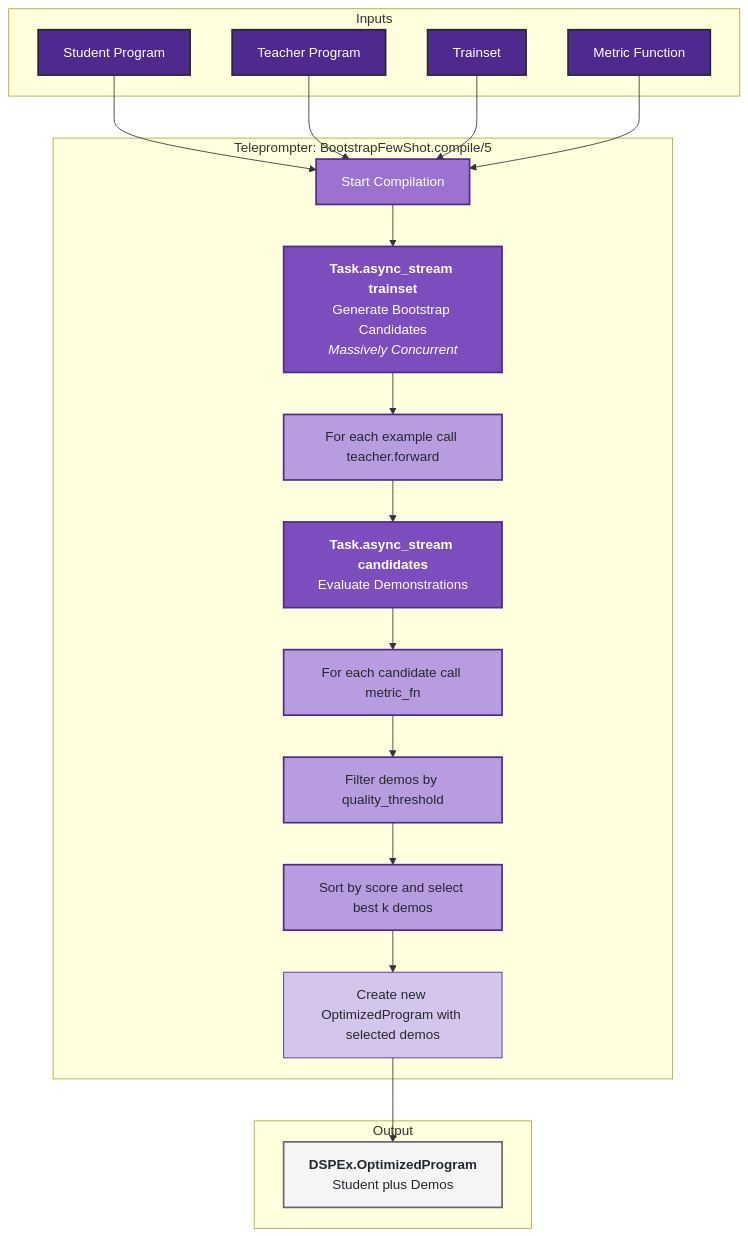
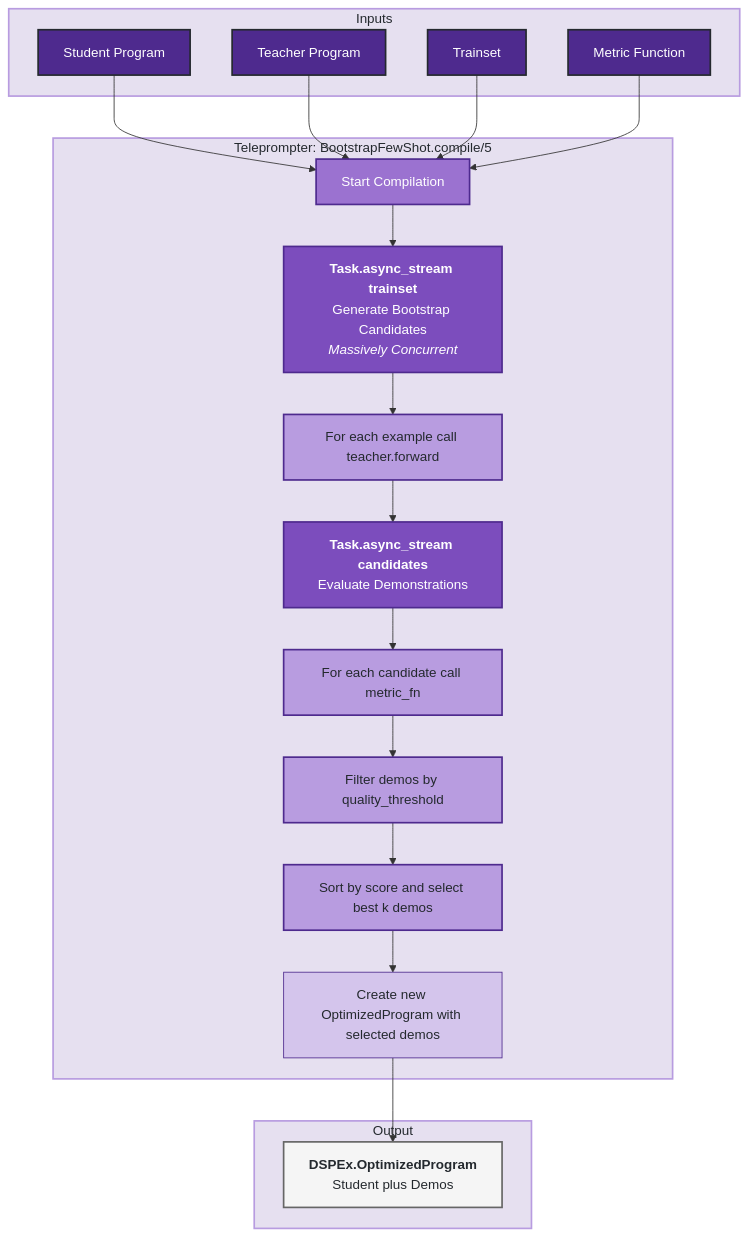
The fourth of 4 diagrams in DIAGS_dspex_gap.md (nshkrdotcom/ds_ex), drawn with Mermaid before and after one commit. The commit also changed other lines of this file and 8 other files, not shown here.

````diff
--- a/DIAGS_dspex_gap.md
+++ b/DIAGS_dspex_gap.md
@@ -205,41 +209,43 @@
 ```mermaid
 graph TD
-    subgraph Inputs
+    subgraph IN["Inputs"]
         A["Student Program"]
         B["Teacher Program"]
         C["Trainset"]
         D["Metric Function"]
     end
 
-    subgraph "Teleprompter: BootstrapFewShot.compile/5"
+    subgraph TP["Teleprompter: BootstrapFewShot.compile/5"]
         E["Start Compilation"] --> F["<b>Task.async_stream trainset</b><br>Generate Bootstrap Candidates<br><i>Massively Concurrent</i>"]
         F --> G["For each example call teacher.forward"]
         G --> H["<b>Task.async_stream candidates</b><br>Evaluate Demonstrations"]
         H --> I["For each candidate call metric_fn"]
         I --> J["Filter demos by quality_threshold"]
         J --> K["Sort by score and select best k demos"]
         K --> L["Create new OptimizedProgram with selected demos"]
     end
 
-    subgraph Output
+    subgraph OUT["Output"]
         M["<b>DSPEx.OptimizedProgram</b><br>Student plus Demos"]
     end
 
     A & B & C & D --> E
     L --> M
 
     %% Elixir-inspired styling
     classDef setupPhase fill:#4e2a8e,stroke:#24292e,stroke-width:2px,color:#fff
     classDef concurrentEngine fill:#7c4dbd,stroke:#4e2a8e,stroke-width:2px,color:#fff
     classDef taskNode fill:#9b72d0,stroke:#4e2a8e,stroke-width:2px,color:#fff
     classDef processNode fill:#b89ce0,stroke:#4e2a8e,stroke-width:2px,color:#24292e
     classDef resultNode fill:#d4c5ec,stroke:#4e2a8e,stroke-width:1px,color:#24292e
     classDef aggregationPhase fill:#f5f5f5,stroke:#666,stroke-width:2px,color:#24292e
+    classDef subgraphTitleTop fill:#e6e0f0,stroke:#b89ce0,stroke-width:2px,color:#24292e
 
     class A,B,C,D setupPhase
     class E taskNode
     class F,H concurrentEngine
     class G,I,J,K processNode
     class L resultNode
     class M aggregationPhase
+    class IN,TP,OUT subgraphTitleTop
 ```
````
